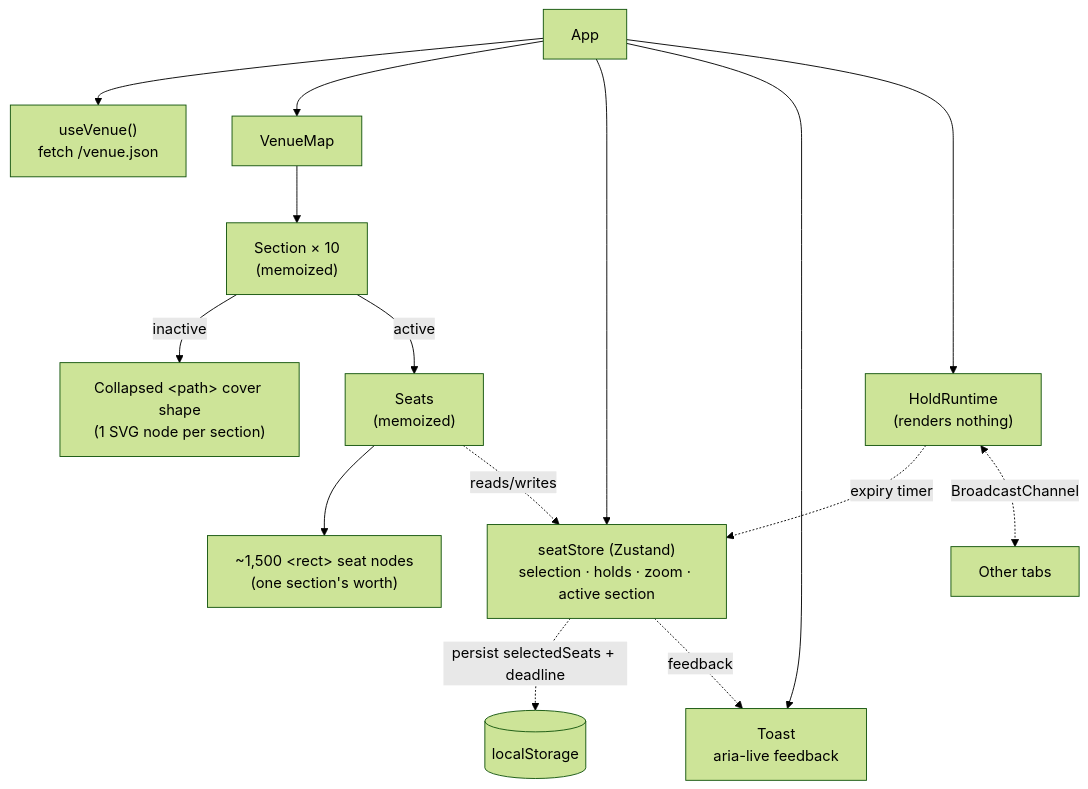
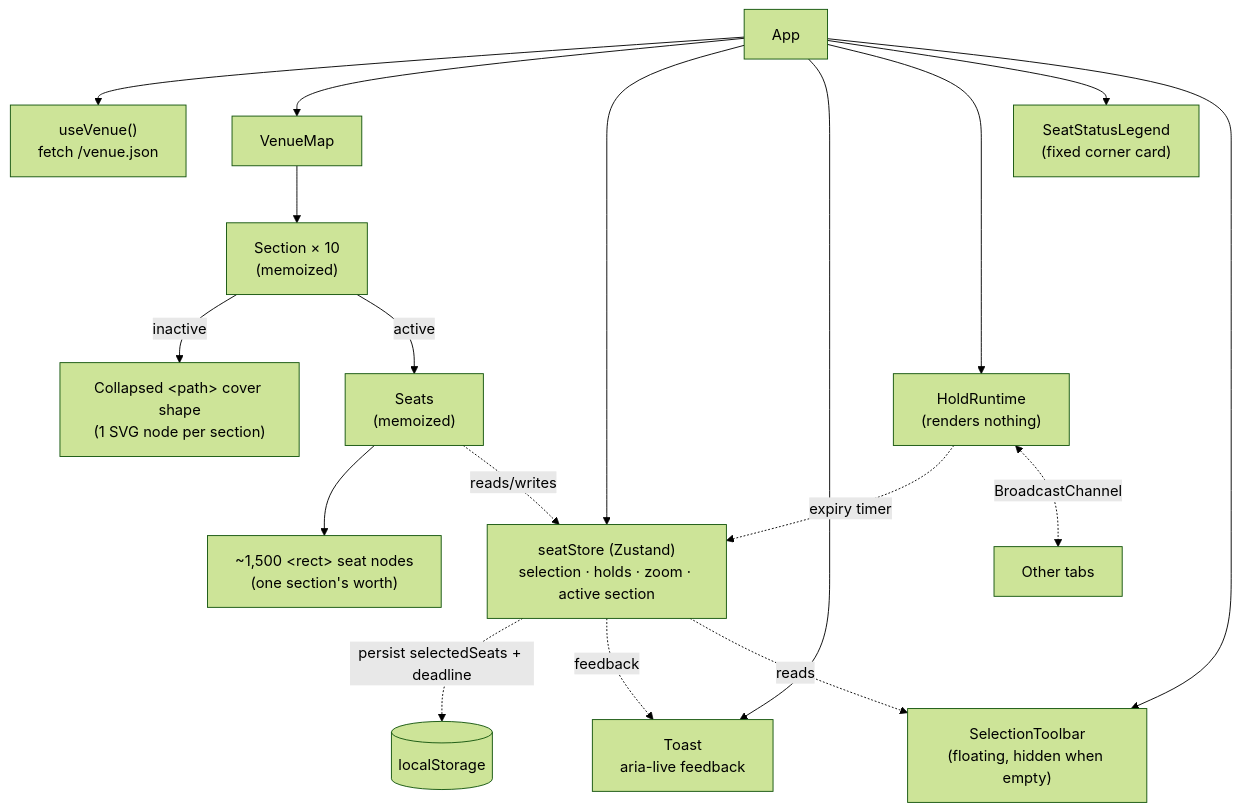
Before and after one commit to webvoltz/Interactive-Event-Seating-Map: the diagram in README.md, drawn with Mermaid (forest theme). The commit also changed other lines of this file and 5 other files, not shown here.

Commit message:
docs: update README with new features and screenshots for Best Seats Finder and selection toolbar

````diff
--- a/README.md
+++ b/README.md
@@ -43,17 +54,20 @@
 ```mermaid
 flowchart TD
     A[App] --> B["useVenue()<br/>fetch /venue.json"]
     A --> C[VenueMap]
     C --> D["Section × 10<br/>(memoized)"]
     D -->|inactive| E["Collapsed &lt;path&gt; cover shape<br/>(1 SVG node per section)"]
     D -->|active| F["Seats<br/>(memoized)"]
     F --> G["~1,500 &lt;rect&gt; seat nodes<br/>(one section's worth)"]
     A --> H["seatStore (Zustand)<br/>selection · holds · zoom · active section"]
     H -.->|persist selectedSeats + deadline| I[(localStorage)]
     F -.reads/writes.-> H
     A --> J[Toast<br/>aria-live feedback]
     H -.->|feedback| J
     A --> K["HoldRuntime<br/>(renders nothing)"]
     K -.expiry timer.-> H
     K <-.BroadcastChannel.-> L["Other tabs"]
+    A --> M["SeatStatusLegend<br/>(fixed corner card)"]
+    A --> N["SelectionToolbar<br/>(floating, hidden when empty)"]
+    H -.reads.-> N
 ```
````
